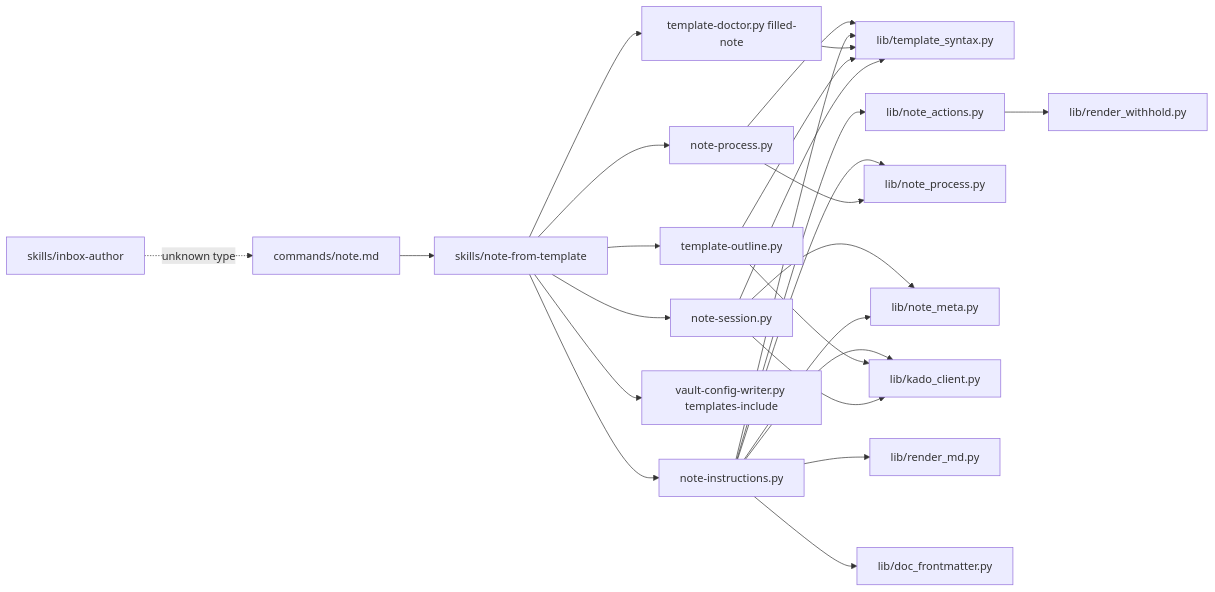
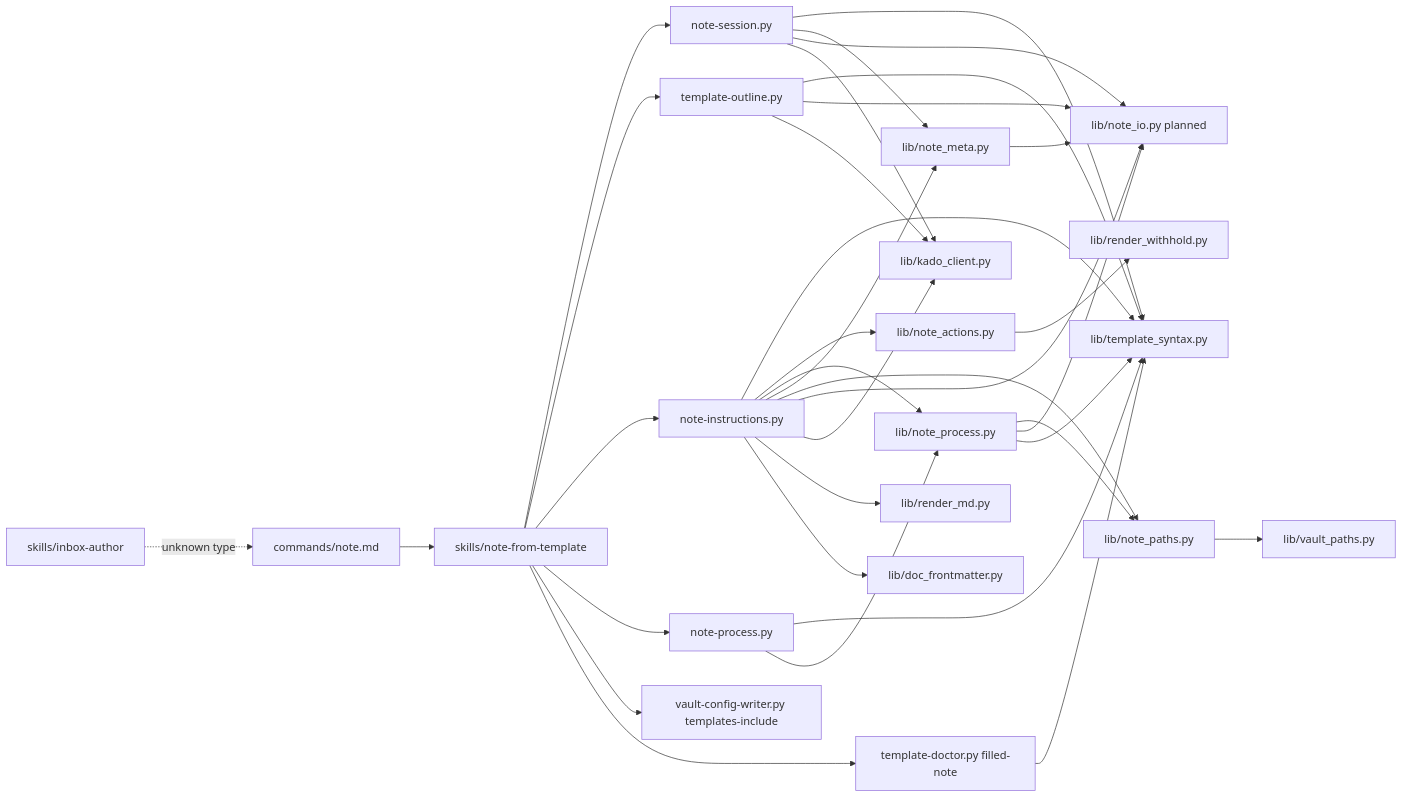
One commit to MMoMM-org/miyo-tomo changed the second of 4 diagrams in docs/XDD/specs/044-note-from-template/solution.md. Above: the diagram before and after it, drawn with Mermaid. The commit also changed other lines of this file and 3 other files, not shown here.

````diff
--- a/docs/XDD/specs/044-note-from-template/solution.md
+++ b/docs/XDD/specs/044-note-from-template/solution.md
@@ -223,27 +223,36 @@
 ```mermaid
 graph LR
     Cmd[commands/note.md] --> Skill[skills/note-from-template]
     Skill --> Session[note-session.py]
     Skill --> Outline[template-outline.py]
     Skill --> Instr[note-instructions.py]
     Skill --> Proc[note-process.py]
     Skill --> Writer[vault-config-writer.py templates-include]
     Skill --> Doctor[template-doctor.py filled-note]
     Session --> Syntax[lib/template_syntax.py]
     Outline --> Syntax
     Doctor --> Syntax
     Instr --> Syntax
     Instr --> Actions[lib/note_actions.py]
     Proc --> Syntax
     Proc --> ProcLib[lib/note_process.py]
     Instr --> ProcLib
     Instr --> Meta[lib/note_meta.py]
     Session --> Meta
+    Instr --> Paths[lib/note_paths.py]
+    ProcLib --> Paths
+    Paths --> VaultPaths[lib/vault_paths.py]
+    Instr --> NoteIO[lib/note_io.py planned]
+    Session --> NoteIO
+    Outline --> NoteIO
+    Meta --> NoteIO
+    ProcLib --> NoteIO
+    ProcLib --> Syntax
     Session --> Kado[lib/kado_client.py]
     Outline --> Kado
     Instr --> Kado
     Actions --> Withhold[lib/render_withhold.py]
     Instr --> RenderMd[lib/render_md.py]
     Instr --> DocFm[lib/doc_frontmatter.py]
     Author[skills/inbox-author] -.unknown type.-> Cmd
 ```
````
